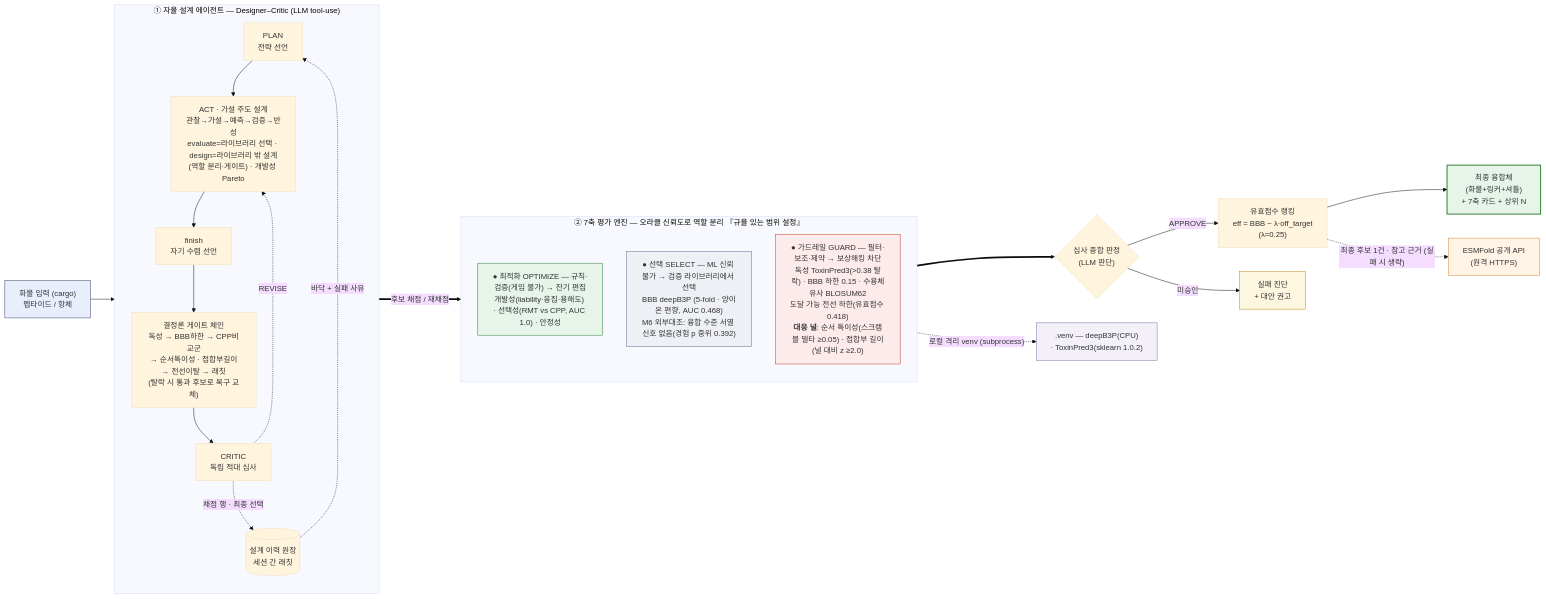
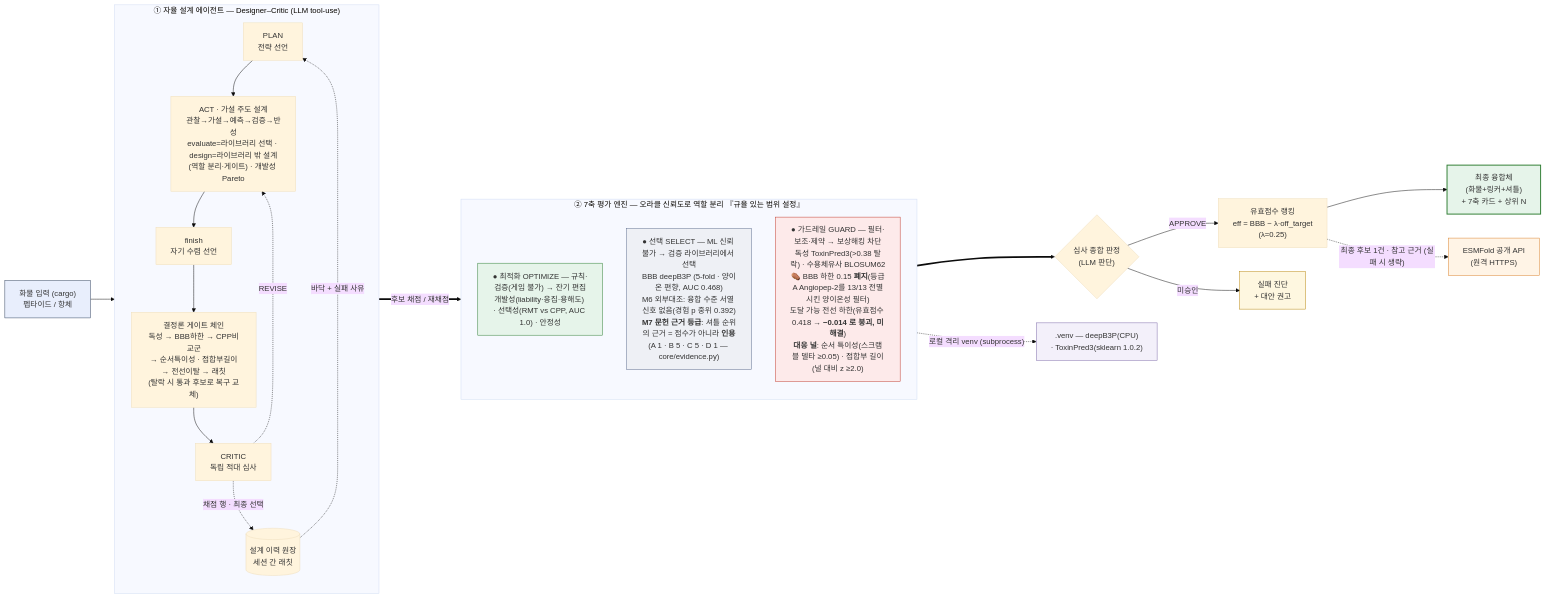
One commit to yunseul6028/BBB-Optimizer changed the first of 10 diagrams in 아키텍처.md. Above: the diagram before and after it, drawn with Mermaid (base theme). The commit also changed other lines of this file and 10 other files, not shown here.

````diff
--- a/아키텍처.md
+++ b/아키텍처.md
@@ -19,40 +19,40 @@
 ```mermaid
 flowchart LR
   IN["화물 입력 (cargo)<br/>펩타이드 / 항체"]:::io --> AG
 
   subgraph AG["① 자율 설계 에이전트 — Designer–Critic (LLM tool-use)"]
     direction TB
     PLAN["PLAN<br/>전략 선언"] --> ACT["ACT · 가설 주도 설계<br/>관찰→가설→예측→검증→반성<br/>evaluate=라이브러리 선택 · design=라이브러리 밖 설계<br/>(역할 분리·게이트) · 개발성 Pareto"]
     ACT --> FIN["finish<br/>자기 수렴 선언"]
     FIN --> GT["결정론 게이트 체인<br/>독성 → BBB하한 → CPP비교군<br/>→ 순서특이성 · 접합부길이<br/>→ 전선이탈 → 래칫<br/>(탈락 시 통과 후보로 복구 교체)"]
     GT --> CR["CRITIC<br/>독립 적대 심사"]
     CR -.->|REVISE| ACT
     LG[("설계 이력 원장<br/>세션 간 래칫")] -.->|"바닥 + 실패 사유"| PLAN
     CR -.->|"채점 행 · 최종 선택"| LG
   end
 
   AG ==>|"후보 채점 / 재채점"| ENG
 
   subgraph ENG["② 7축 평가 엔진 — 오라클 신뢰도로 역할 분리 『규율 있는 범위 설정』"]
     direction TB
     OPT["● 최적화 OPTIMIZE — 규칙·검증(게임 불가) → 잔기 편집<br/>개발성(liability·응집·용해도) · 선택성(RMT vs CPP, AUC 1.0) · 안정성"]:::opt
-    SEL["● 선택 SELECT — ML 신뢰 불가 → 검증 라이브러리에서 선택<br/>BBB deepB3P (5-fold · 양이온 편향, AUC 0.468)<br/>M6 외부대조: 융합 수준 서열 신호 없음(경험 p 중위 0.392)"]:::sel
-    GRD["● 가드레일 GUARD — 필터·보조·제약 → 보상해킹 차단<br/>독성 ToxinPred3(&gt;0.38 탈락) · BBB 하한 0.15 · 수용체유사 BLOSUM62<br/>도달 가능 전선 하한(유효점수 0.418)<br/><b>대응 널</b>: 순서 특이성(스크램블 델타 ≥0.05) · 접합부 길이(널 대비 z ≥2.0)"]:::grd
+    SEL["● 선택 SELECT — ML 신뢰 불가 → 검증 라이브러리에서 선택<br/>BBB deepB3P (5-fold · 양이온 편향, AUC 0.468)<br/>M6 외부대조: 융합 수준 서열 신호 없음(경험 p 중위 0.392)<br/><b>M7 문헌 근거 등급</b>: 셔틀 순위의 근거 = 점수가 아니라 <b>인용</b><br/>(A 1 · B 5 · C 5 · D 1 — core/evidence.py)"]:::sel
+    GRD["● 가드레일 GUARD — 필터·보조·제약 → 보상해킹 차단<br/>독성 ToxinPred3(&gt;0.38 탈락) · 수용체유사 BLOSUM62<br/>⚰️ BBB 하한 0.15 <b>폐지</b>(등급A Angiopep-2를 13/13 전멸시킨 양이온성 필터)<br/>도달 가능 전선 하한(유효점수 0.418 → <b>−0.014 로 붕괴, 미해결</b>)<br/><b>대응 널</b>: 순서 특이성(스크램블 델타 ≥0.05) · 접합부 길이(널 대비 z ≥2.0)"]:::grd
   end
 
   ENG ==> J{"심사 종합 판정<br/>(LLM 판단)"}
   J -->|APPROVE| RK["유효점수 랭킹<br/>eff = BBB − λ·off_target<br/>(λ=0.25)"] --> OUT["최종 융합체<br/>(화물+링커+셔틀)<br/>+ 7축 카드 + 상위 N"]:::ok
   J -->|"미승인"| F["실패 진단<br/>+ 대안 권고"]:::warn
 
   ENG -.->|"로컬 격리 venv (subprocess)"| VENV[".venv — deepB3P(CPU)<br/>· ToxinPred3(sklearn 1.0.2)"]:::venv
   RK -.->|"최종 후보 1건 · 참고 근거 (실패 시 생략)"| API["ESMFold 공개 API<br/>(원격 HTTPS)"]:::api
 
   classDef io fill:#e8eefc,stroke:#30405c;
   classDef opt fill:#e6f4ea,stroke:#2e7d32;
   classDef sel fill:#eef0f5,stroke:#5a6b8c;
   classDef grd fill:#fdeaea,stroke:#c0392b;
   classDef ok fill:#e6f4ea,stroke:#2e7d32,stroke-width:2px;
   classDef warn fill:#fef7e0,stroke:#b8860b;
   classDef venv fill:#f3f0fa,stroke:#7c6aa8;
   classDef api fill:#fff4e6,stroke:#d9822b;
 ```
````
